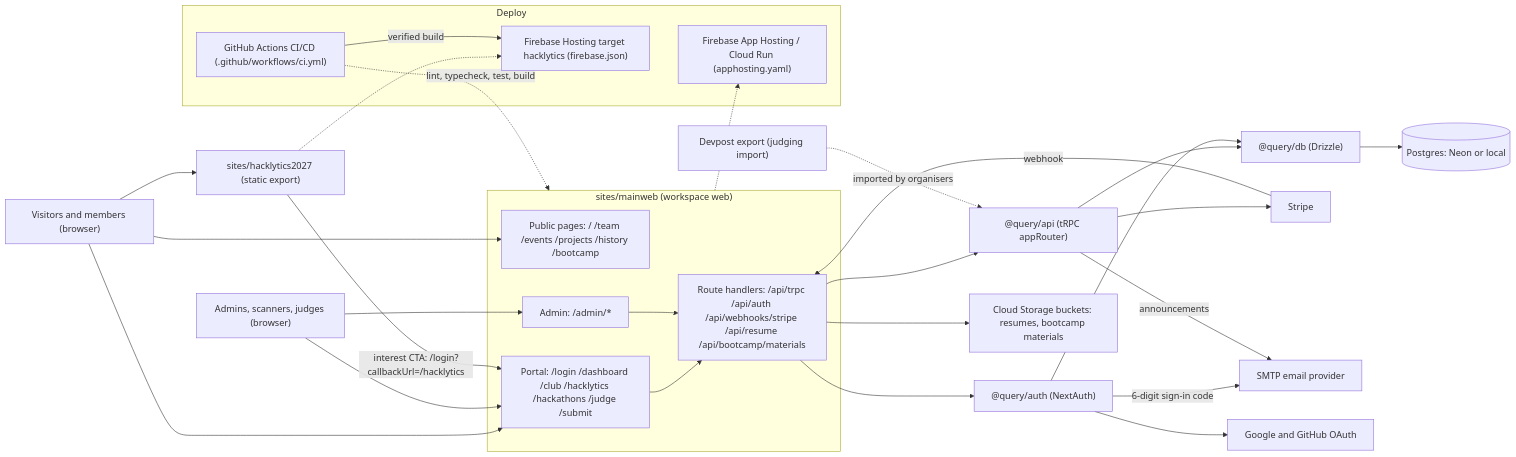
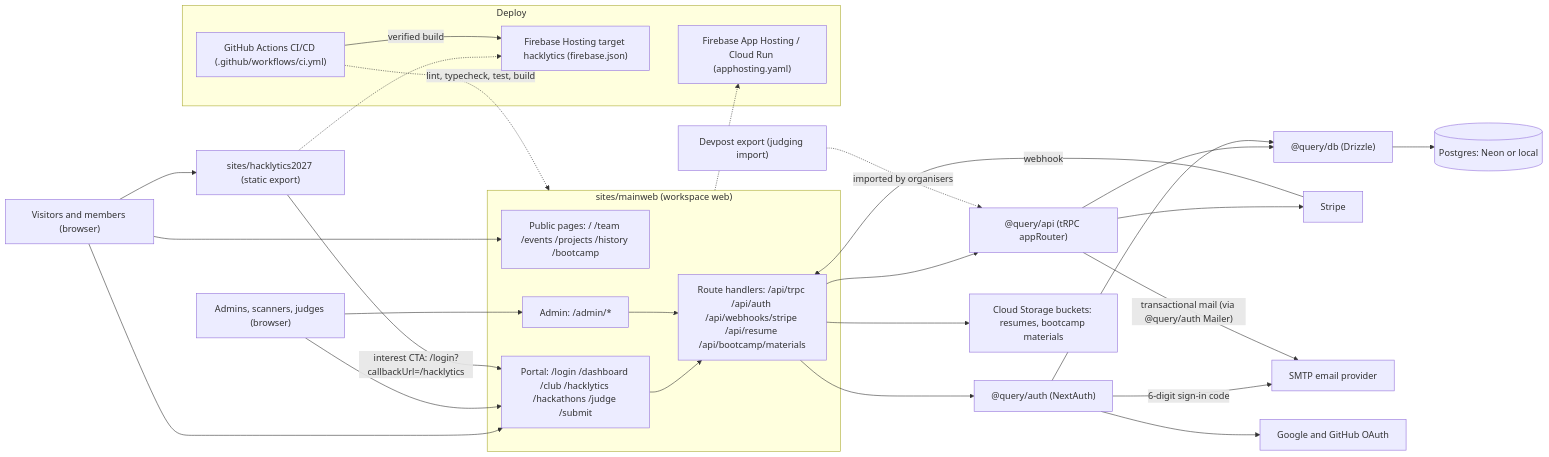
Before and after one commit to DataScience-GT/query: the first of 2 diagrams in README.md, drawn with Mermaid. The commit also changed other lines of this file and 23 other files, not shown here.

````diff
--- a/README.md
+++ b/README.md
@@ -35,56 +35,56 @@
 ```mermaid
 flowchart LR
   visitor["Visitors and members (browser)"]
   staff["Admins, scanners, judges (browser)"]
 
   subgraph web["sites/mainweb (workspace web)"]
     pub["Public pages: / /team /events /projects /history /bootcamp"]
     portal["Portal: /login /dashboard /club /hacklytics /hackathons /judge /submit"]
     admin["Admin: /admin/*"]
     routes["Route handlers: /api/trpc /api/auth /api/webhooks/stripe /api/resume /api/bootcamp/materials"]
   end
 
   hack["sites/hacklytics2027 (static export)"]
   api["@query/api (tRPC appRouter)"]
   auth["@query/auth (NextAuth)"]
   db["@query/db (Drizzle)"]
   pg[("Postgres: Neon or local")]
 
   stripe["Stripe"]
   smtp["SMTP email provider"]
   gcs["Cloud Storage buckets: resumes, bootcamp materials"]
   oauth["Google and GitHub OAuth"]
   devpost["Devpost export (judging import)"]
 
   visitor --> pub
   visitor --> portal
   visitor --> hack
   staff --> admin
   staff --> portal
   hack -->|"interest CTA: /login?callbackUrl=/hacklytics"| portal
   portal --> routes
   admin --> routes
   routes --> api
   routes --> auth
   api --> db
   auth --> db
   db --> pg
   auth --> oauth
   auth -->|"6-digit sign-in code"| smtp
-  api -->|"announcements"| smtp
+  api -->|"transactional mail (via @query/auth Mailer)"| smtp
   routes --> gcs
   stripe -->|"webhook"| routes
   api --> stripe
   devpost -.->|"imported by organisers"| api
 
   subgraph deploy["Deploy"]
     ah["Firebase App Hosting / Cloud Run (apphosting.yaml)"]
     fh["Firebase Hosting target hacklytics (firebase.json)"]
     ci["GitHub Actions CI/CD (.github/workflows/ci.yml)"]
   end
 
   web -.-> ah
   hack -.-> fh
   ci -->|"verified build"| fh
   ci -.->|"lint, typecheck, test, build"| web
 ```
````
